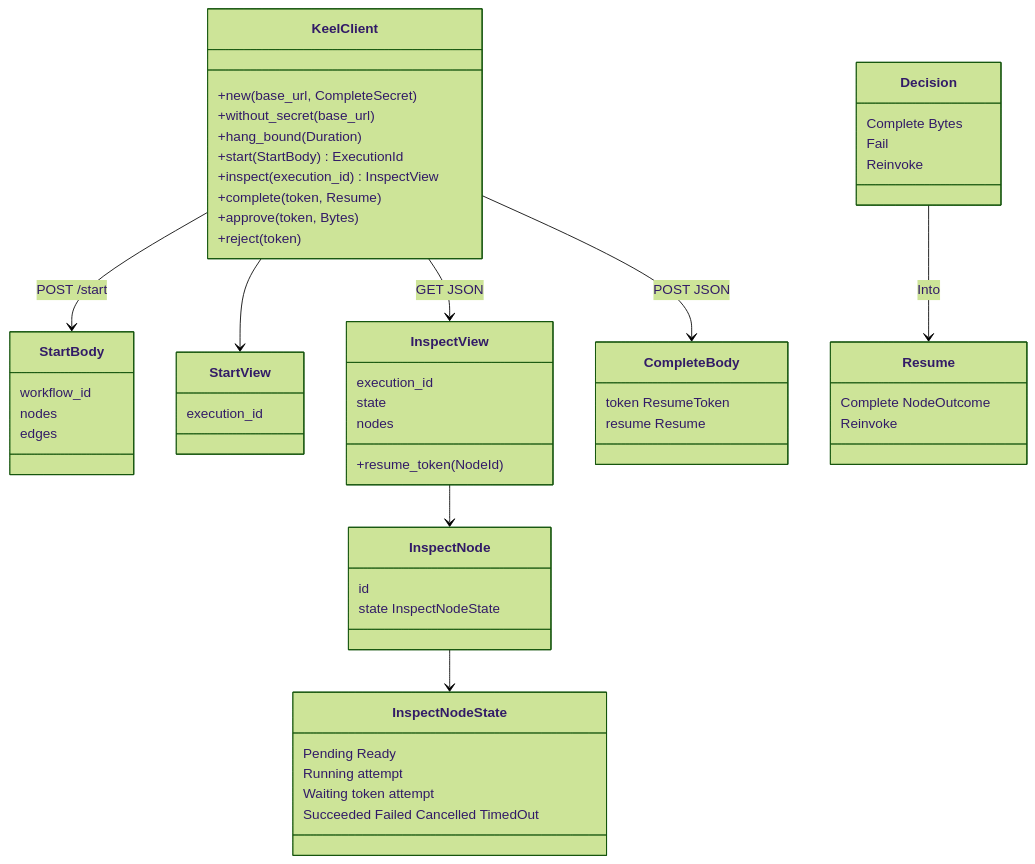
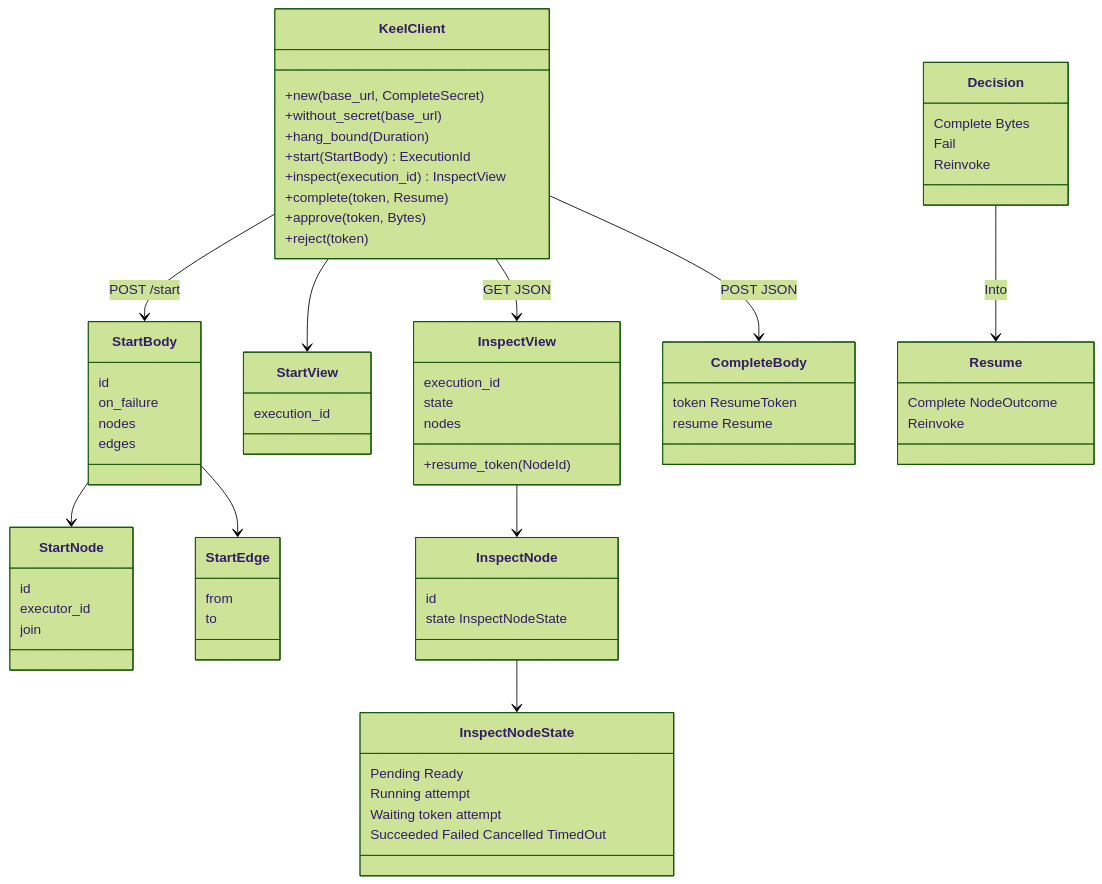
The third of 5 diagrams in docs/ARCHITECTURE.md (nessalabs/keel-rt), drawn with Mermaid (forest theme) before and after one commit. The commit also changed other lines of this file and 7 other files, not shown here.

First line of the commit message:
http: StartBody is durable_bytes; reap terminals

````diff
--- a/docs/ARCHITECTURE.md
+++ b/docs/ARCHITECTURE.md
@@ -131,57 +134,69 @@
 ```mermaid
 classDiagram
   class KeelClient {
     +new(base_url, CompleteSecret)
     +without_secret(base_url)
     +hang_bound(Duration)
     +start(StartBody) ExecutionId
     +inspect(execution_id) InspectView
     +complete(token, Resume)
     +approve(token, Bytes)
     +reject(token)
   }
   class StartBody {
-    workflow_id
+    id
+    on_failure
     nodes
     edges
+  }
+  class StartNode {
+    id
+    executor_id
+    join
+  }
+  class StartEdge {
+    from
+    to
   }
   class StartView {
     execution_id
   }
   class InspectView {
     execution_id
     state
     nodes
     +resume_token(NodeId)
   }
   class InspectNode {
     id
     state InspectNodeState
   }
   class InspectNodeState {
     Pending Ready
     Running attempt
     Waiting token attempt
     Succeeded Failed Cancelled TimedOut
   }
   class Decision {
     Complete Bytes
     Fail
     Reinvoke
   }
   class CompleteBody {
     token ResumeToken
     resume Resume
   }
   class Resume {
     Complete NodeOutcome
     Reinvoke
   }
+  StartBody --> StartNode
+  StartBody --> StartEdge
   Decision --> Resume : Into
   KeelClient --> StartBody : POST /start
   KeelClient --> StartView
   KeelClient --> InspectView : GET JSON
   InspectView --> InspectNode
   InspectNode --> InspectNodeState
   KeelClient --> CompleteBody : POST JSON
 ```
````
